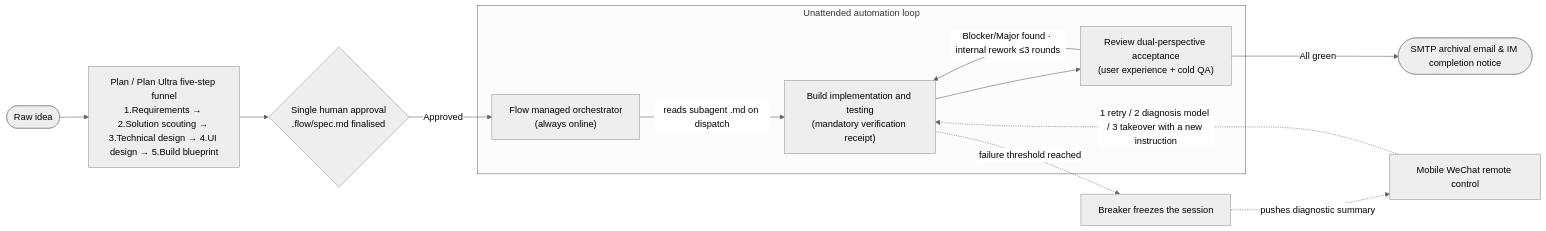
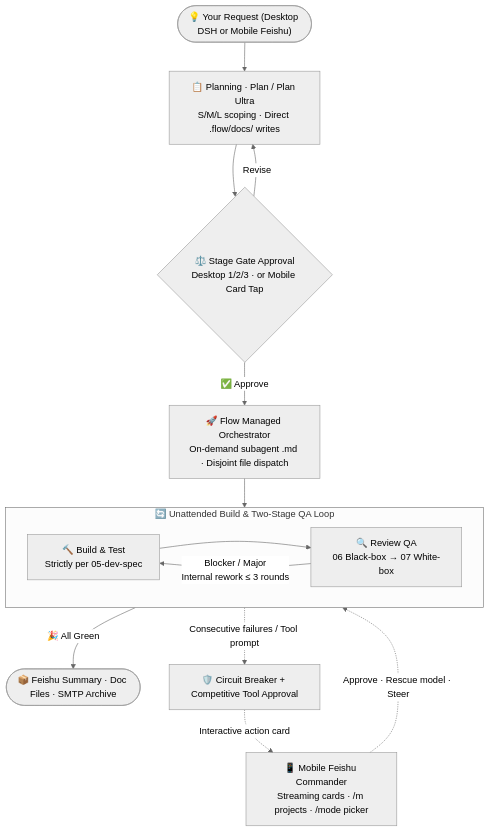
Before and after one commit to MeZenith/dsh-flow: the first of 2 diagrams in README.en.md, drawn with Mermaid (neutral theme). The commit also changed other lines of this file and 133 other files, not shown here.

````diff
--- a/README.en.md
+++ b/README.en.md
@@ -115,15 +173,21 @@
 ```mermaid
-flowchart LR
-    U([Raw idea]) --> P["Plan / Plan Ultra five-step funnel<br/>1.Requirements → 2.Solution scouting → 3.Technical design → 4.UI design → 5.Build blueprint"]
-    P --> G{"Single human approval<br/>.flow/spec.md finalised"}
-    G -->|Approved| F["Flow managed orchestrator<br/>(always online)"]
-    subgraph AutoLoop ["Unattended automation loop"]
-        F -->|reads subagent .md on dispatch| B["Build implementation and testing<br/>(mandatory verification receipt)"]
-        B --> R["Review dual-perspective acceptance<br/>(user experience + cold QA)"]
-        R -->|"Blocker/Major found · internal rework ≤3 rounds"| B
+flowchart TD
+    U(["💡 Your Request (Desktop DSH or Mobile Feishu)"]) --> P["📋 Planning · Plan / Plan Ultra<br/>S/M/L scoping · Direct .flow/docs/ writes"]
+    P --> G{"⚖️ Stage Gate Approval<br/>Desktop 1/2/3 · or Mobile Card Tap"}
+
+    G -->|"Revise"| P
+    G -->|"✅ Approve"| F["🚀 Flow Managed Orchestrator<br/>On-demand subagent .md · Disjoint file dispatch"]
+
+    subgraph Loop ["🔄 Unattended Build & Two-Stage QA Loop"]
+        direction LR
+        B["🔨 Build & Test<br/>Strictly per 05-dev-spec"] --> R["🔍 Review QA<br/>06 Black-box → 07 White-box"]
+        R -->|"Blocker / Major<br/>Internal rework ≤ 3 rounds"| B
     end
-    R -->|All green| D(["SMTP archival email & IM completion notice"])
-    B -.->|failure threshold reached| CB["Breaker freezes the session"]
-    CB -.->|pushes diagnostic summary| IM["Mobile WeChat remote control"]
-    IM -.->|"1 retry / 2 diagnosis model / 3 takeover with a new instruction"| B
+
+    F --> B
+    R -->|"🎉 All Green"| DONE(["📦 Feishu Summary · Doc Files · SMTP Archive"])
+
+    B -.->|"Consecutive failures / Tool prompt"| SAFE["🛡️ Circuit Breaker + Competitive Tool Approval"]
+    SAFE -.->|"Interactive action card"| MOBILE["📱 Mobile Feishu Commander<br/>Streaming cards · /m projects · /mode picker"]
+    MOBILE -.->|"Approve · Rescue model · Steer"| B
 ```
````
